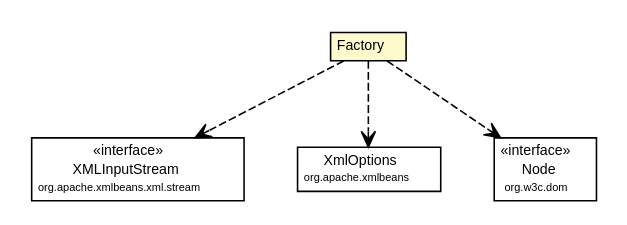
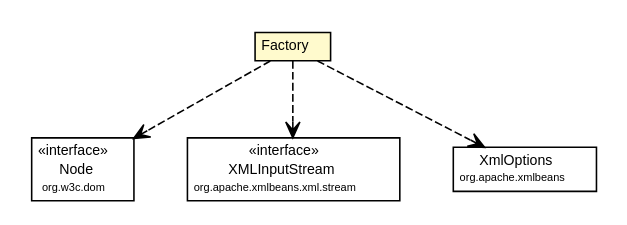
Before and after one commit to synchronoss/cpo-util: the diagram in site/apidocs/org/synchronoss/cpo/util/cpoUtilConfig/CtCustomClasspath.Factory.dot, drawn with Graphviz. The commit also changed 298 other files, not shown here.

Commit message:
Creating site for cpoUtil, 5.1.1-SNAPSHOT

```diff
--- a/site/apidocs/org/synchronoss/cpo/util/cpoUtilConfig/CtCustomClasspath.Factory.dot
+++ b/site/apidocs/org/synchronoss/cpo/util/cpoUtilConfig/CtCustomClasspath.Factory.dot
@@ -1,45 +1,45 @@
 #!/usr/local/bin/dot
 #
 # Class diagram 
 # Generated by UmlGraph version 4.6 (http://www.spinellis.gr/sw/umlgraph)
 #
 
 digraph G {
 	edge [fontname="Helvetica",fontsize=10,labelfontname="Helvetica",labelfontsize=10];
 	node [fontname="Helvetica",fontsize=10,shape=plaintext];
 	// org.synchronoss.cpo.util.cpoUtilConfig.CtCustomClasspath.Factory
 	c4993 [label=<<table border="0" cellborder="1" cellspacing="0" cellpadding="2" port="p" bgcolor="lemonChiffon" href="./CtCustomClasspath.Factory.html">
 		<tr><td><table border="0" cellspacing="0" cellpadding="1">
 			<tr><td> Factory </td></tr>
 		</table></td></tr>
 		</table>>, fontname="Helvetica", fontcolor="black", fontsize=9.0];
+	// org.synchronoss.cpo.util.cpoUtilConfig.CtCustomClasspath.Factory DEPEND org.w3c.dom.Node
+	c4993:p -> c5006:p [taillabel="", label="", headlabel="", fontname="Helvetica", fontcolor="black", fontsize=10.0, color="black", arrowhead=open, style=dashed];
 	// org.synchronoss.cpo.util.cpoUtilConfig.CtCustomClasspath.Factory DEPEND org.apache.xmlbeans.xml.stream.XMLInputStream
-	c4993:p -> c5006:p [taillabel="", label="", headlabel="", fontname="Helvetica", fontcolor="black", fontsize=10.0, color="black", arrowhead=open, style=dashed];
+	c4993:p -> c5007:p [taillabel="", label="", headlabel="", fontname="Helvetica", fontcolor="black", fontsize=10.0, color="black", arrowhead=open, style=dashed];
 	// org.synchronoss.cpo.util.cpoUtilConfig.CtCustomClasspath.Factory DEPEND org.apache.xmlbeans.XmlOptions
-	c4993:p -> c5007:p [taillabel="", label="", headlabel="", fontname="Helvetica", fontcolor="black", fontsize=10.0, color="black", arrowhead=open, style=dashed];
-	// org.synchronoss.cpo.util.cpoUtilConfig.CtCustomClasspath.Factory DEPEND org.w3c.dom.Node
 	c4993:p -> c5008:p [taillabel="", label="", headlabel="", fontname="Helvetica", fontcolor="black", fontsize=10.0, color="black", arrowhead=open, style=dashed];
 	// org.apache.xmlbeans.xml.stream.XMLInputStream
-	c5006 [label=<<table border="0" cellborder="1" cellspacing="0" cellpadding="2" port="p" href="http://java.sun.com/j2se/1.4.2/docs/api/org/apache/xmlbeans/xml/stream/XMLInputStream.html">
+	c5007 [label=<<table border="0" cellborder="1" cellspacing="0" cellpadding="2" port="p" href="http://java.sun.com/j2se/1.4.2/docs/api/org/apache/xmlbeans/xml/stream/XMLInputStream.html">
 		<tr><td><table border="0" cellspacing="0" cellpadding="1">
 			<tr><td> &laquo;interface&raquo; </td></tr>
 			<tr><td> XMLInputStream </td></tr>
 			<tr><td><font point-size="7.0"> org.apache.xmlbeans.xml.stream </font></td></tr>
 		</table></td></tr>
 		</table>>, fontname="Helvetica", fontcolor="black", fontsize=9.0];
 	// org.w3c.dom.Node
-	c5008 [label=<<table border="0" cellborder="1" cellspacing="0" cellpadding="2" port="p" href="http://java.sun.com/j2se/1.4.2/docs/api/org/w3c/dom/Node.html">
+	c5006 [label=<<table border="0" cellborder="1" cellspacing="0" cellpadding="2" port="p" href="http://java.sun.com/j2se/1.4.2/docs/api/org/w3c/dom/Node.html">
 		<tr><td><table border="0" cellspacing="0" cellpadding="1">
 			<tr><td> &laquo;interface&raquo; </td></tr>
 			<tr><td> Node </td></tr>
 			<tr><td><font point-size="7.0"> org.w3c.dom </font></td></tr>
 		</table></td></tr>
 		</table>>, fontname="Helvetica", fontcolor="black", fontsize=9.0];
 	// org.apache.xmlbeans.XmlOptions
-	c5007 [label=<<table border="0" cellborder="1" cellspacing="0" cellpadding="2" port="p" href="http://java.sun.com/j2se/1.4.2/docs/api/org/apache/xmlbeans/XmlOptions.html">
+	c5008 [label=<<table border="0" cellborder="1" cellspacing="0" cellpadding="2" port="p" href="http://java.sun.com/j2se/1.4.2/docs/api/org/apache/xmlbeans/XmlOptions.html">
 		<tr><td><table border="0" cellspacing="0" cellpadding="1">
 			<tr><td> XmlOptions </td></tr>
 			<tr><td><font point-size="7.0"> org.apache.xmlbeans </font></td></tr>
 		</table></td></tr>
 		</table>>, fontname="Helvetica", fontcolor="black", fontsize=9.0];
 }
```
